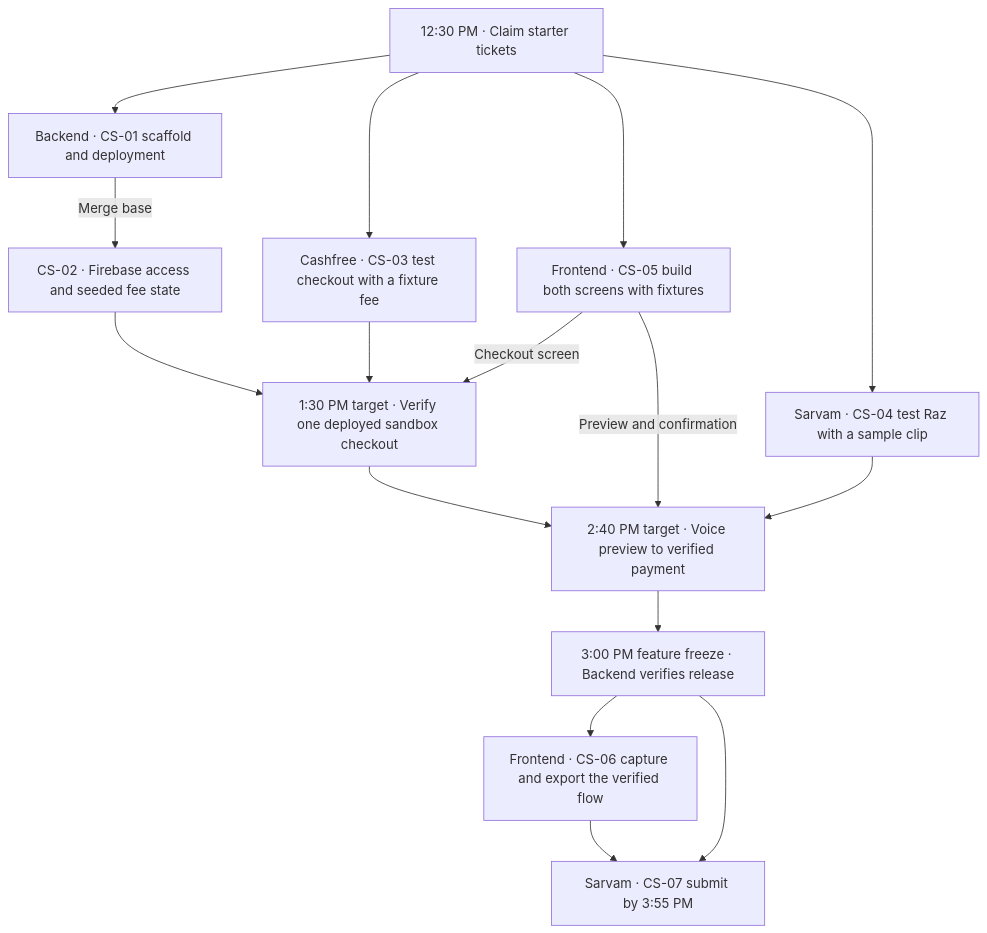
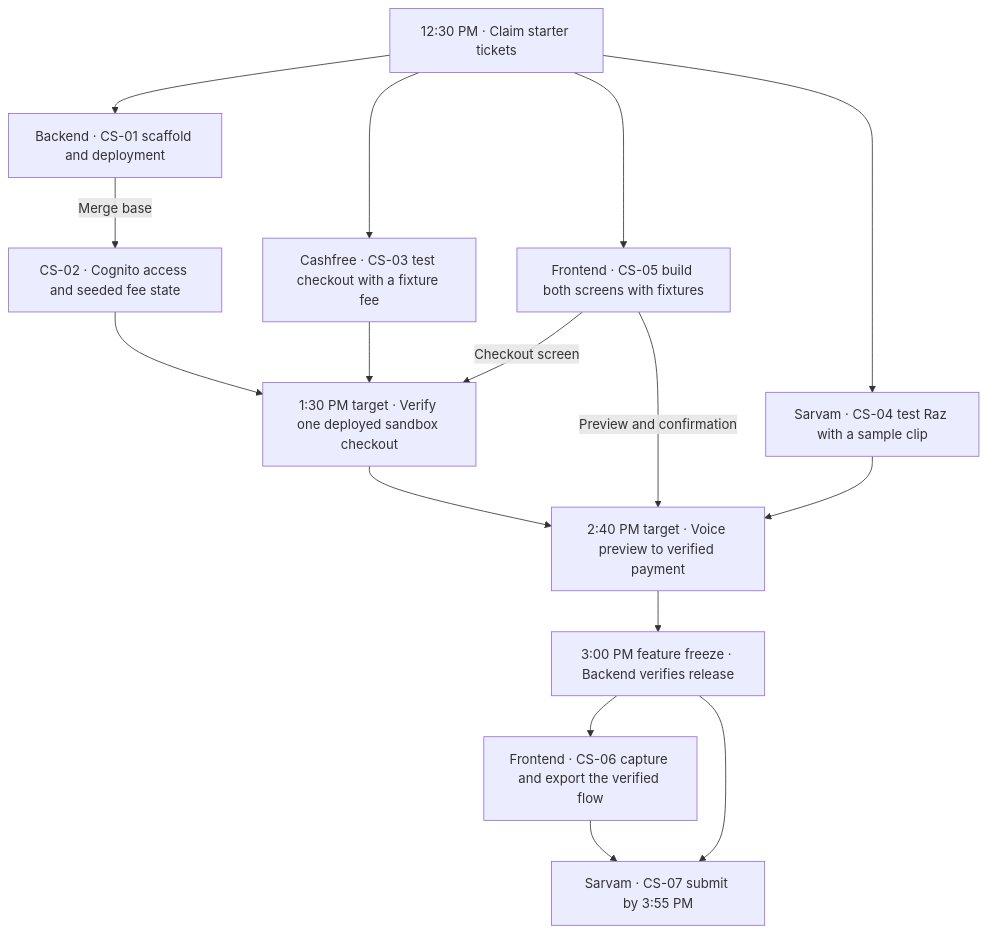
The third of 3 diagrams in docs/ARCHITECTURE.md (Srikanth-2004/Cleansheet), drawn with Mermaid before and after one commit. The commit also changed other lines of this file and 34 other files, not shown here.

````diff
--- a/docs/ARCHITECTURE.md
+++ b/docs/ARCHITECTURE.md
@@ -65,22 +65,22 @@
 ```mermaid
 flowchart TD
     Start["12:30 PM · Claim starter tickets"]
     Start --> Base["Backend · CS-01 scaffold and deployment"]
     Start --> Pay["Cashfree · CS-03 test checkout with a fixture fee"]
     Start --> UI["Frontend · CS-05 build both screens with fixtures"]
     Start --> Voice["Sarvam · CS-04 test Raz with a sample clip"]
 
-    Base -->|Merge base| Store["CS-02 · Firebase access and seeded fee state"]
+    Base -->|Merge base| Store["CS-02 · Cognito access and seeded fee state"]
     Store --> Smoke["1:30 PM target · Verify one deployed sandbox checkout"]
     Pay --> Smoke
     UI -->|Checkout screen| Smoke
 
     Smoke --> Demo["2:40 PM target · Voice preview to verified payment"]
     Voice --> Demo
     UI -->|Preview and confirmation| Demo
     Demo --> QA["3:00 PM feature freeze · Backend verifies release"]
 
     QA --> Capture["Frontend · CS-06 capture and export the verified flow"]
     QA --> Submit["Sarvam · CS-07 submit by 3:55 PM"]
     Capture --> Submit
 ```
````
